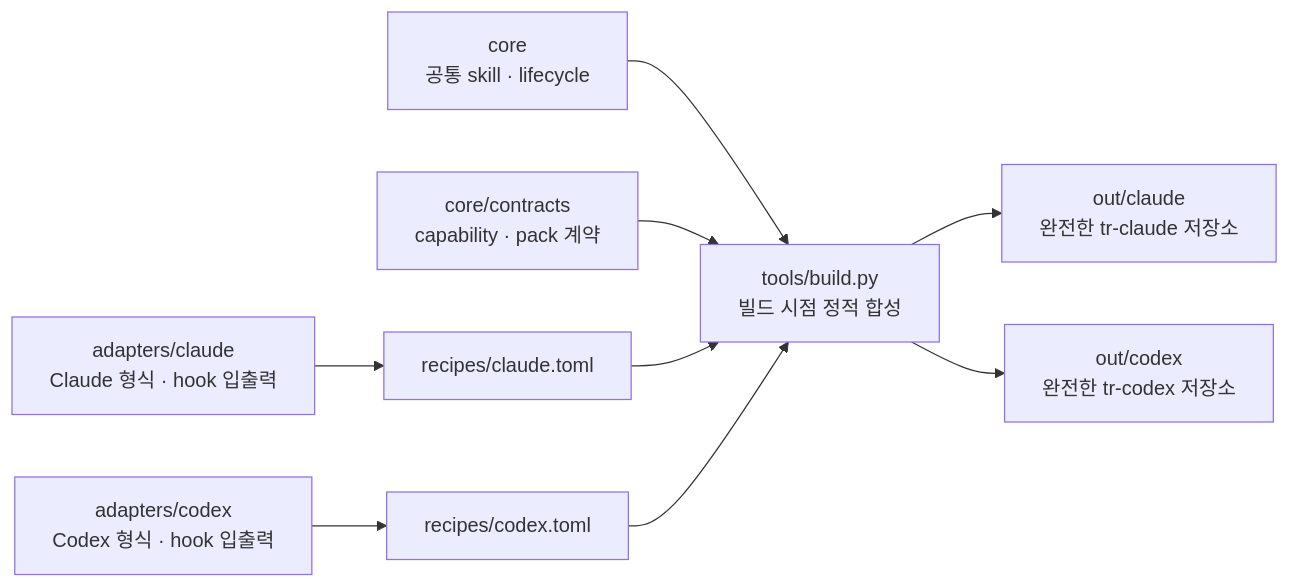
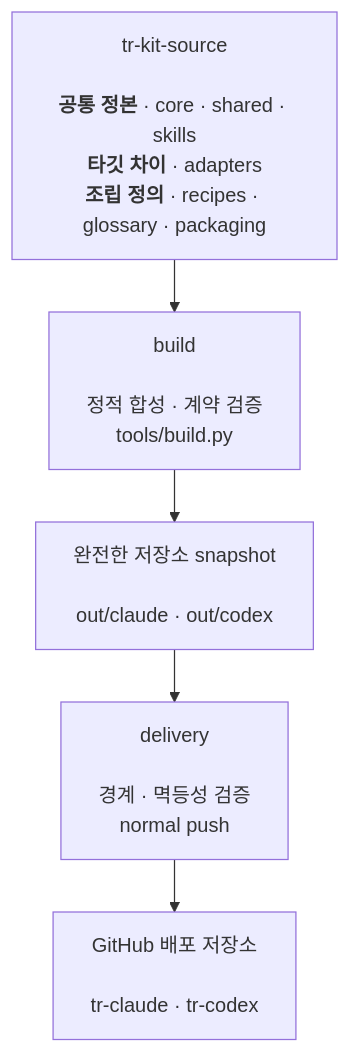
The diagram in README.md (tryoo0607/tr-kit-source), drawn with Mermaid before and after one commit. The commit also changed other lines of this file and 1 other file, not shown here.

````diff
--- a/README.md
+++ b/README.md
@@ -17,19 +14,14 @@
 ```mermaid
-flowchart LR
-    Core["core<br/>공통 skill · lifecycle"]
-    Contract["core/contracts<br/>capability · pack 계약"]
-    ClaudeAdapter["adapters/claude<br/>Claude 형식 · hook 입출력"]
-    CodexAdapter["adapters/codex<br/>Codex 형식 · hook 입출력"]
-    ClaudeRecipe["recipes/claude.toml"]
-    CodexRecipe["recipes/codex.toml"]
-    Build["tools/build.py<br/>빌드 시점 정적 합성"]
-    ClaudeOut["out/claude<br/>완전한 tr-claude 저장소"]
-    CodexOut["out/codex<br/>완전한 tr-codex 저장소"]
+%%{init: {"flowchart": {"curve": "stepAfter", "nodeSpacing": 30, "rankSpacing": 42}}}%%
+flowchart TB
+    Source["tr-kit-source<br/><br/><b>공통 정본</b> · core · shared · skills<br/><b>타깃 차이</b> · adapters<br/><b>조립 정의</b> · recipes · glossary · packaging"]
+    Build["build<br/><br/>정적 합성 · 계약 검증<br/>tools/build.py"]
+    Snapshot["완전한 저장소 snapshot<br/><br/>out/claude · out/codex"]
+    Delivery["delivery<br/><br/>경계 · 멱등성 검증<br/>normal push"]
+    Target["GitHub 배포 저장소<br/><br/>tr-claude · tr-codex"]
 
-    Core --> Build
-    Contract --> Build
-    ClaudeAdapter --> ClaudeRecipe --> Build
-    CodexAdapter --> CodexRecipe --> Build
-    Build --> ClaudeOut
-    Build --> CodexOut
+    Source --> Build
+    Build --> Snapshot
+    Snapshot --> Delivery
+    Delivery --> Target
 ```
````
